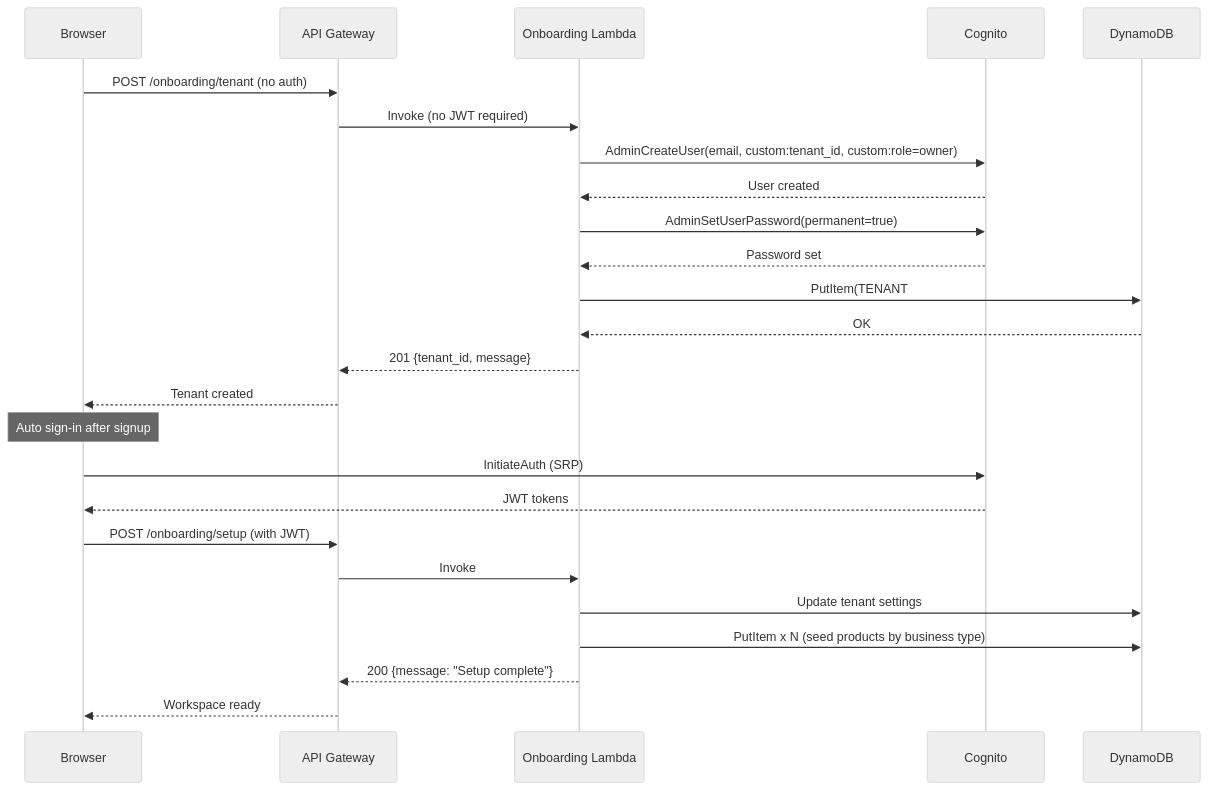
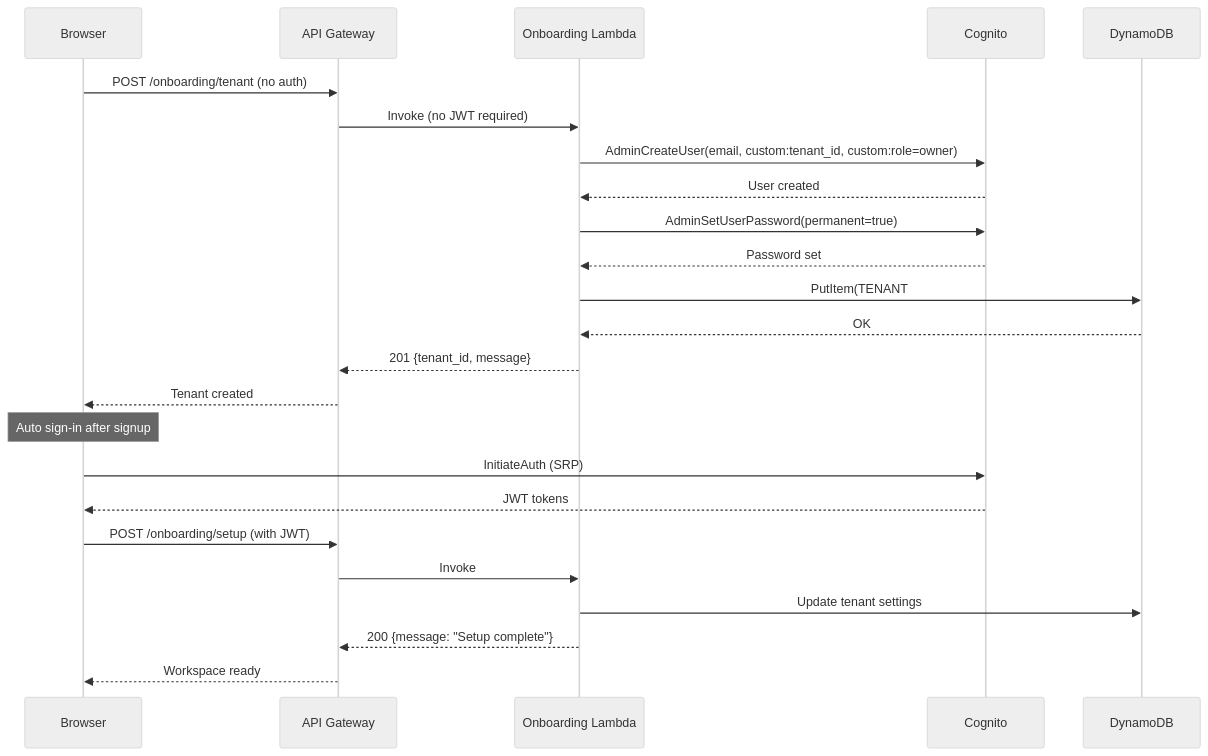
Before and after one commit to davidballad/clienta_bre: the fifth of 8 diagrams in docs/architecture.md, drawn with Mermaid (neutral theme). The commit also changed other lines of this file and 12 other files, not shown here.

````diff
--- a/docs/architecture.md
+++ b/docs/architecture.md
@@ -254,30 +230,29 @@
 ```mermaid
 sequenceDiagram
   participant B as Browser
   participant AG as API Gateway
   participant OB as Onboarding Lambda
   participant C as Cognito
   participant DB as DynamoDB
 
   B->>AG: POST /onboarding/tenant (no auth)
   AG->>OB: Invoke (no JWT required)
   OB->>C: AdminCreateUser(email, custom:tenant_id, custom:role=owner)
   C-->>OB: User created
   OB->>C: AdminSetUserPassword(permanent=true)
   C-->>OB: Password set
   OB->>DB: PutItem(TENANT#<tid>, TENANT#<tid>) -- tenant record
   DB-->>OB: OK
   OB-->>AG: 201 {tenant_id, message}
   AG-->>B: Tenant created
 
   Note over B: Auto sign-in after signup
   B->>C: InitiateAuth (SRP)
   C-->>B: JWT tokens
 
   B->>AG: POST /onboarding/setup (with JWT)
   AG->>OB: Invoke
   OB->>DB: Update tenant settings
-  OB->>DB: PutItem x N (seed products by business type)
   OB-->>AG: 200 {message: "Setup complete"}
   AG-->>B: Workspace ready
 ```
````
